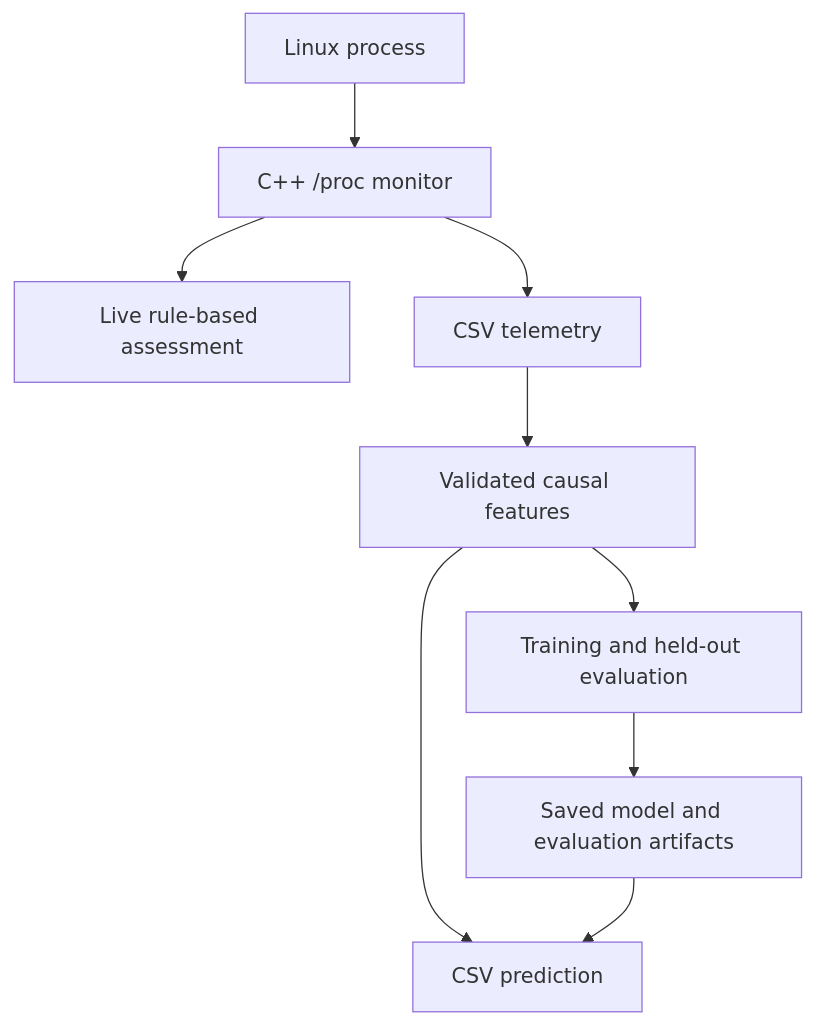
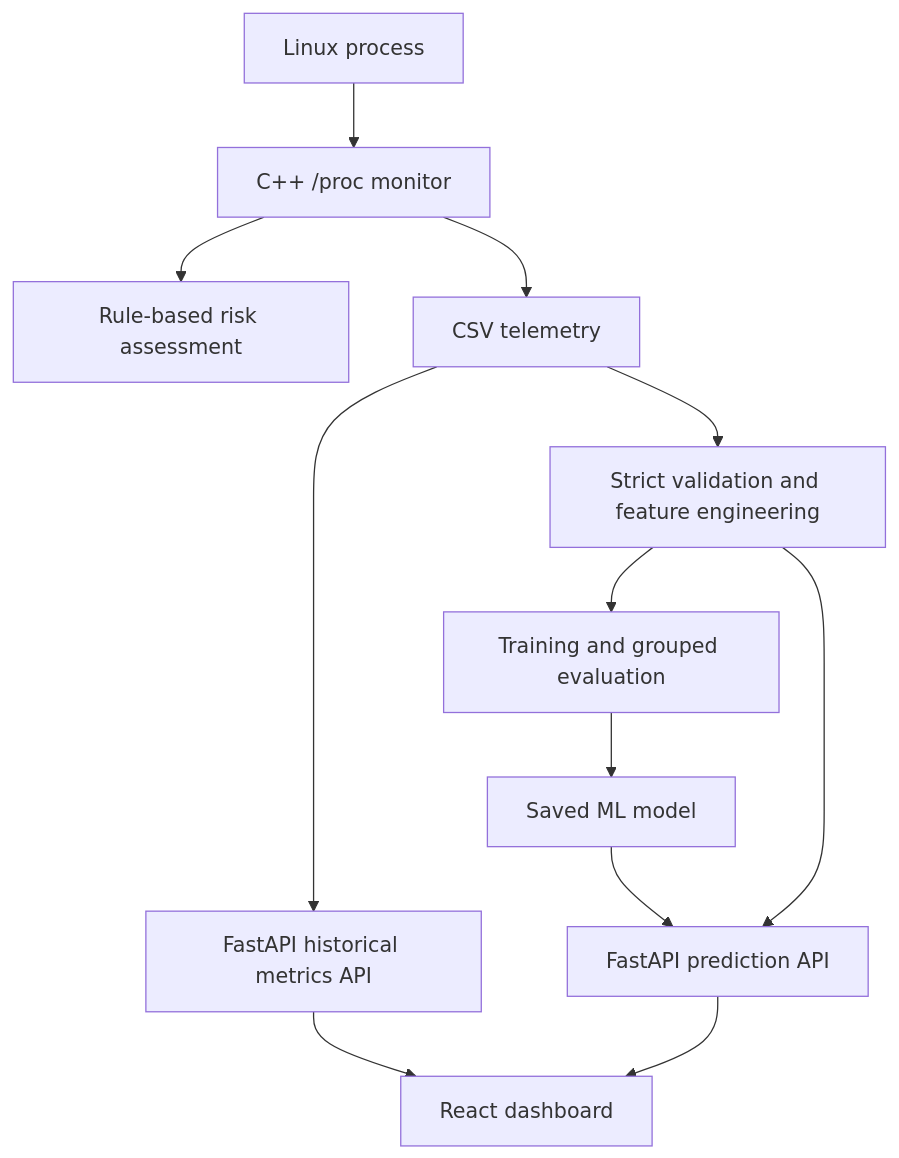
Before and after one commit to leslieraya555/MemoryMedic: the diagram in README.md, drawn with Mermaid. The commit also changed other lines of this file, not shown here.

````diff
--- a/README.md
+++ b/README.md
@@ -56,11 +58,14 @@
 ```mermaid
 flowchart TD
-    A["Linux process"] --> B["C++ /proc monitor"]
-    B --> C["Live rule-based assessment"]
-    B --> D["CSV telemetry"]
-    D --> E["Validated causal features"]
-    E --> F["Training and held-out evaluation"]
-    E --> G["CSV prediction"]
-    F --> H["Saved model and evaluation artifacts"]
-    H --> G
+    A[Linux process] --> B[C++ /proc monitor]
+    B --> C[Rule-based risk assessment]
+    B --> D[CSV telemetry]
+    D --> E[Strict validation and feature engineering]
+    E --> F[Training and grouped evaluation]
+    F --> G[Saved ML model]
+    D --> H[FastAPI historical metrics API]
+    G --> I[FastAPI prediction API]
+    E --> I
+    H --> J[React dashboard]
+    I --> J
 ```
````
